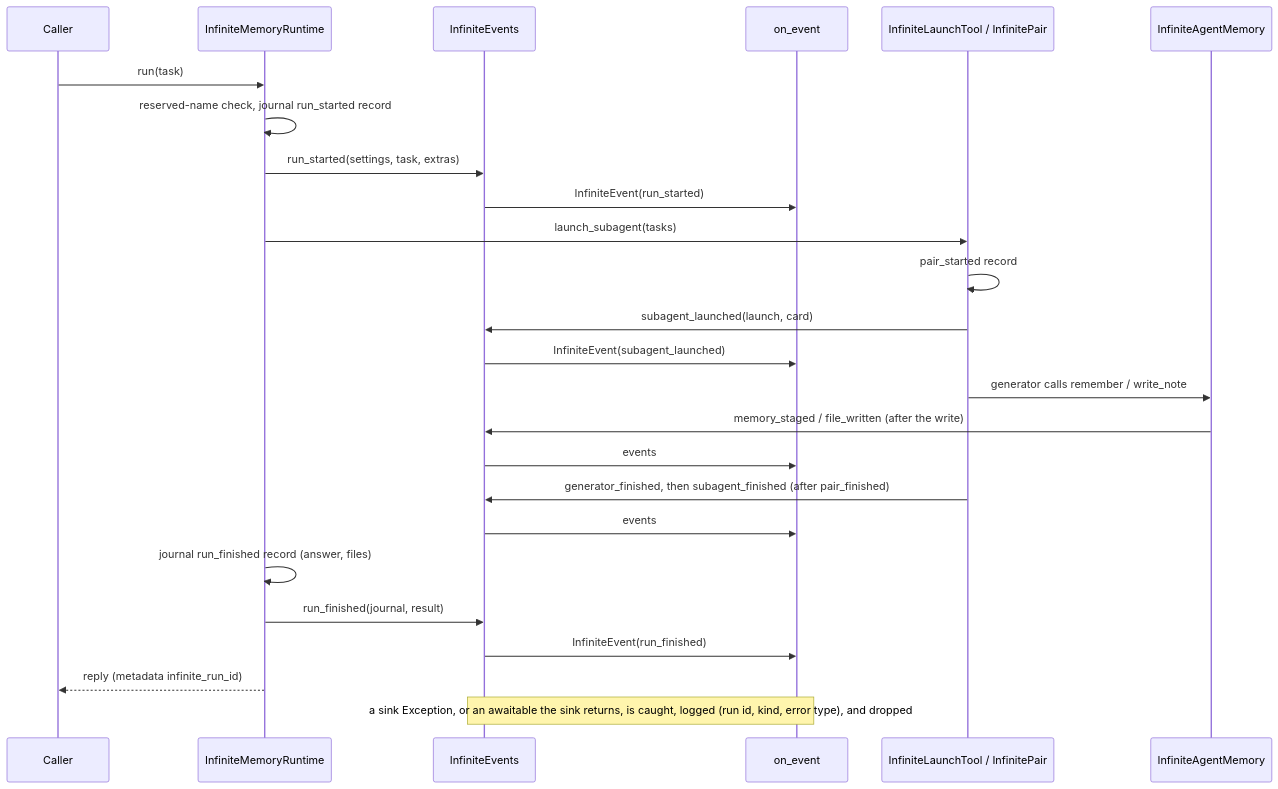
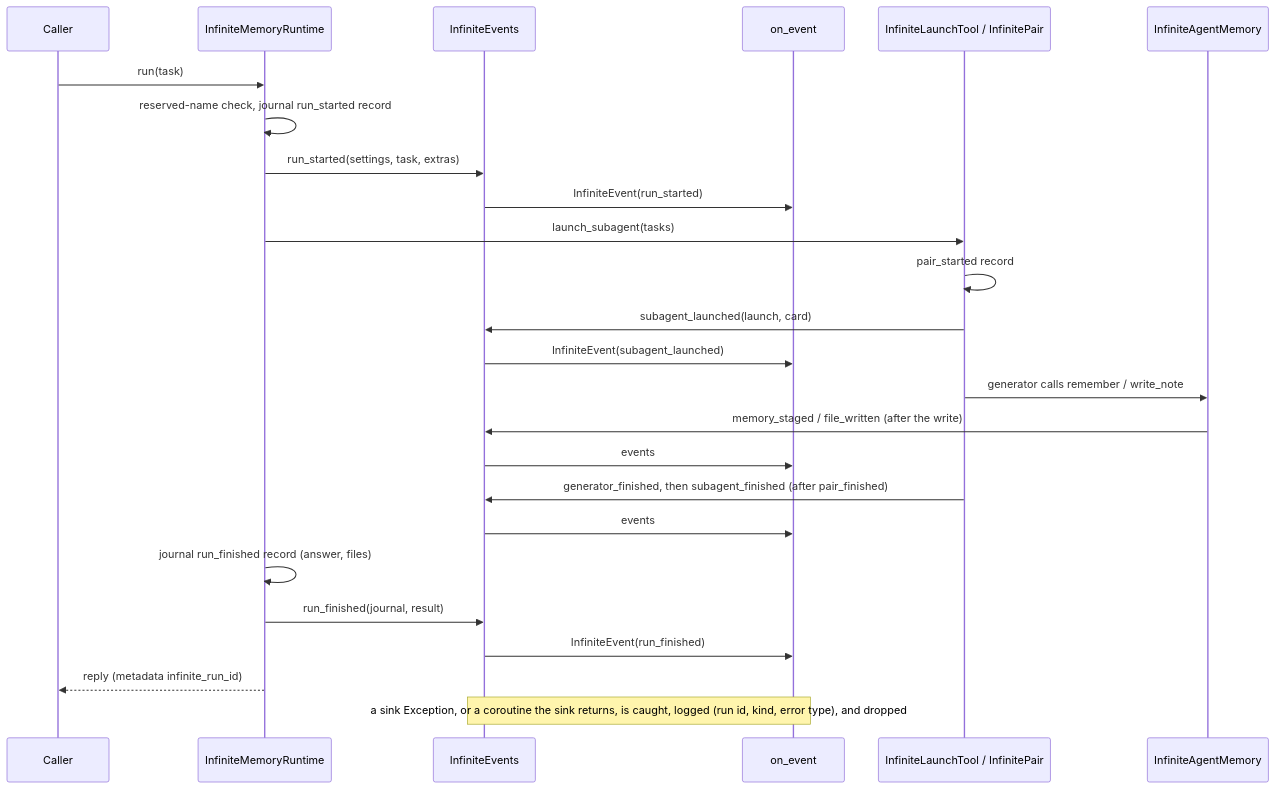
The second of 2 diagrams in docs/spec/infinite-memory-events/spec.md (cerredz/Vidbyte-SDK), drawn with Mermaid before and after one commit. The commit also changed other lines of this file, not shown here.

Commit message:
docs(spec): revise infinite-memory-events spec r3 (middleware refusals, review r2; approved)

````diff
--- a/docs/spec/infinite-memory-events/spec.md
+++ b/docs/spec/infinite-memory-events/spec.md
@@ -127,27 +128,27 @@
 ```mermaid
 sequenceDiagram
   participant Caller
   participant Runtime as InfiniteMemoryRuntime
   participant Events as InfiniteEvents
   participant Sink as on_event
   participant Launch as InfiniteLaunchTool / InfinitePair
   participant Memory as InfiniteAgentMemory
   Caller->>Runtime: run(task)
   Runtime->>Runtime: reserved-name check, journal run_started record
   Runtime->>Events: run_started(settings, task, extras)
   Events->>Sink: InfiniteEvent(run_started)
   Runtime->>Launch: launch_subagent(tasks)
   Launch->>Launch: pair_started record
   Launch->>Events: subagent_launched(launch, card)
   Events->>Sink: InfiniteEvent(subagent_launched)
   Launch->>Memory: generator calls remember / write_note
   Memory->>Events: memory_staged / file_written (after the write)
   Events->>Sink: events
   Launch->>Events: generator_finished, then subagent_finished (after pair_finished)
   Events->>Sink: events
   Runtime->>Runtime: journal run_finished record (answer, files)
   Runtime->>Events: run_finished(journal, result)
   Events->>Sink: InfiniteEvent(run_finished)
   Runtime-->>Caller: reply (metadata infinite_run_id)
-  Note over Events,Sink: a sink Exception, or an awaitable the sink returns, is caught, logged (run id, kind, error type), and dropped
+  Note over Events,Sink: a sink Exception, or a coroutine the sink returns, is caught, logged (run id, kind, error type), and dropped
 ```
````
